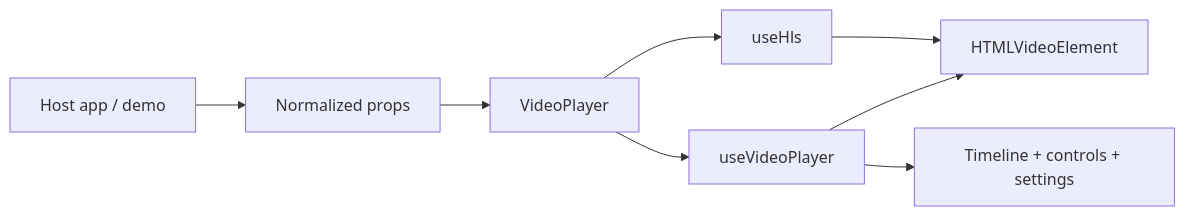
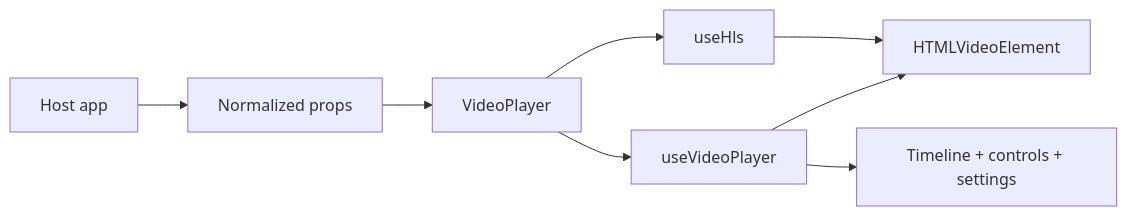
One commit to mmmihaeel/custom-video-player changed the diagram in docs/architecture.md. Above: the diagram before and after it, drawn with Mermaid. The commit also changed other lines of this file and 12 other files, not shown here.

````diff
--- a/docs/architecture.md
+++ b/docs/architecture.md
@@ -25,10 +25,10 @@
 ```mermaid
 flowchart LR
-  Host["Host app / demo"] --> Props["Normalized props"]
+  Host["Host app"] --> Props["Normalized props"]
   Props --> Player["VideoPlayer"]
   Player --> Runtime["useVideoPlayer"]
   Player --> Hls["useHls"]
   Runtime --> Media["HTMLVideoElement"]
   Hls --> Media
   Runtime --> UI["Timeline + controls + settings"]
 ```
````
